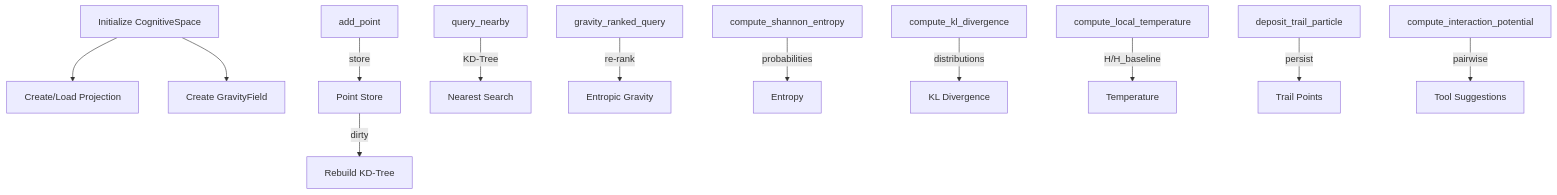
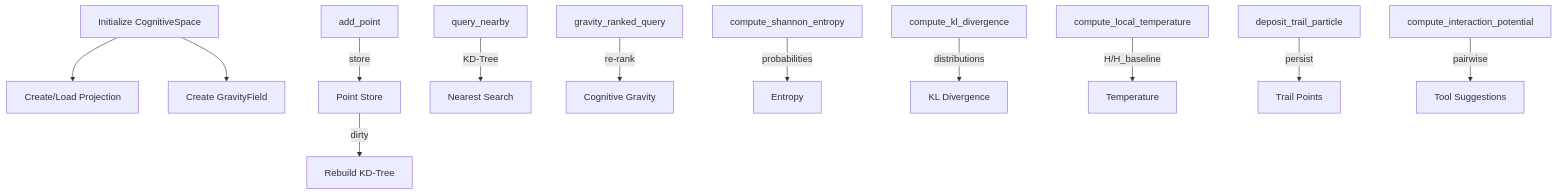
One commit to munch2u-a11y/Helix-AGI changed the diagram in documents/audits/audit_cognitive_space.md. Above: the diagram before and after it, drawn with Mermaid. The commit also changed other lines of this file and 28 other files, not shown here.

````diff
--- a/documents/audits/audit_cognitive_space.md
+++ b/documents/audits/audit_cognitive_space.md
@@ -143,14 +143,14 @@
 ```mermaid
 flowchart TD
     Init[Initialize CognitiveSpace] --> Proj[Create/Load Projection]
     Init --> GF[Create GravityField]
     Add[add_point] -->|store| Store[Point Store]
     Store -->|dirty| Rebuild[Rebuild KD‑Tree]
     Query[query_nearby] -->|KD‑Tree| Search[Nearest Search]
-    Gravity[gravity_ranked_query] -->|re‑rank| Rank[Entropic Gravity]
+    Gravity[gravity_ranked_query] -->|re‑rank| Rank[Cognitive Gravity]
     Entropy[compute_shannon_entropy] -->|probabilities| H[Entropy]
     KL[compute_kl_divergence] -->|distributions| DKL[KL Divergence]
     Temp[compute_local_temperature] -->|H/H_baseline| T[Temperature]
     Trail[deposit_trail_particle] -->|persist| TrailStore[Trail Points]
     Afford[compute_interaction_potential] -->|pairwise| Affordances[Tool Suggestions]
 ```
````
